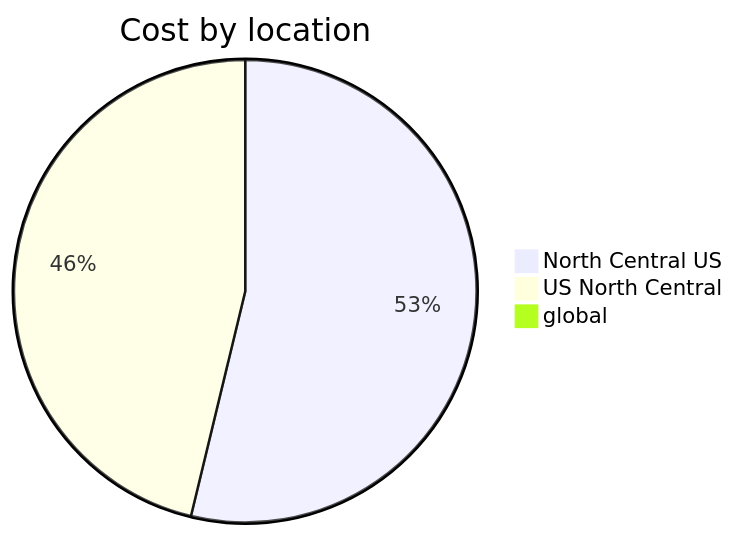
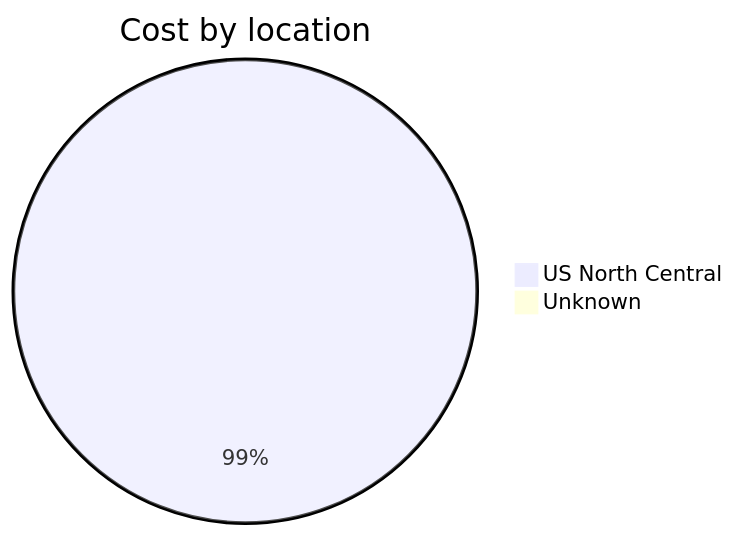
One commit to jpfulton/azure-personal-reports changed the third of 4 diagrams in cost-reports/personal-network/README.md. Above: the diagram before and after it, drawn with Mermaid. The commit also changed other lines of this file and 8 other files, not shown here.

````diff
--- a/cost-reports/personal-network/README.md
+++ b/cost-reports/personal-network/README.md
@@ -115,7 +114,6 @@
 ```mermaid
 pie
    title Cost by location
-   "North Central US" : 1.64
-   "US North Central" : 1.41
-   "global" : 0.03
+   "US North Central" : 4.41
+   "Unknown" : 0.04
 ```
````
